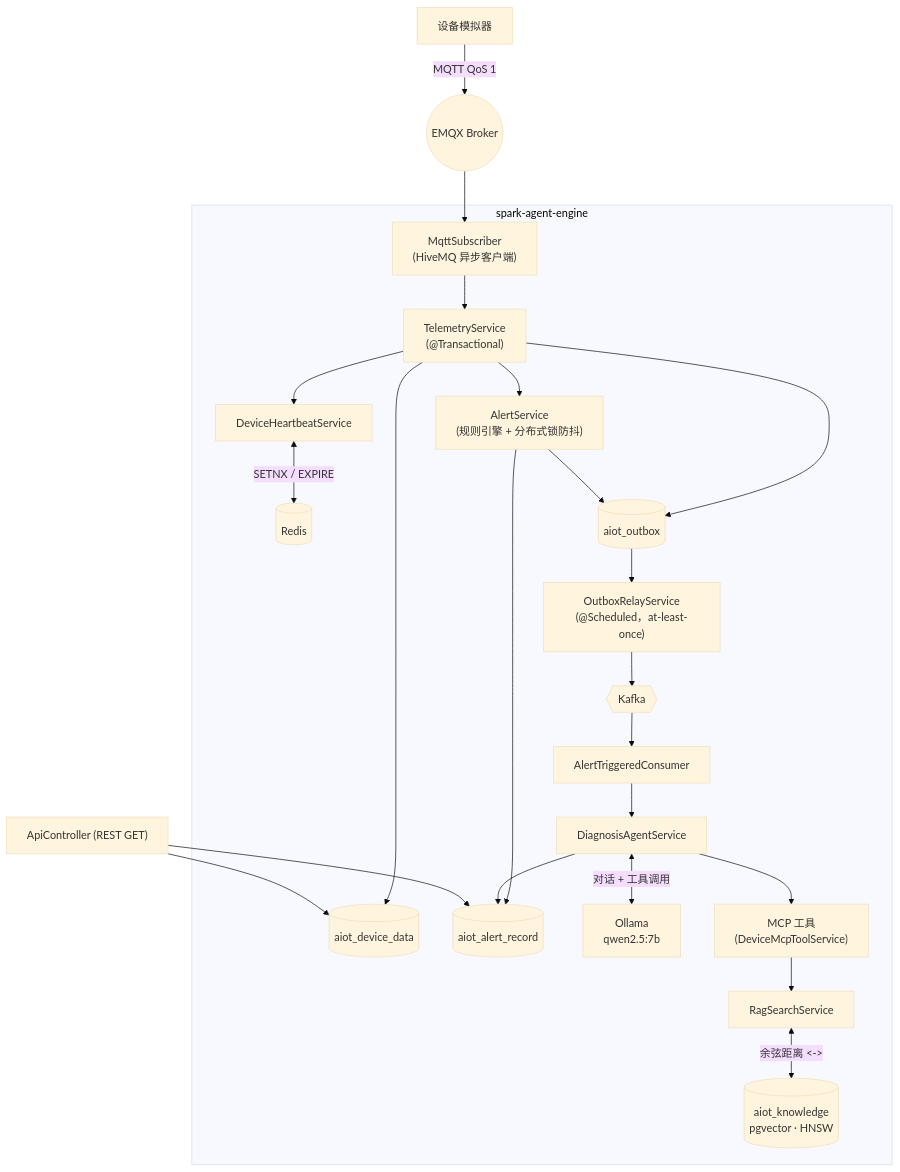
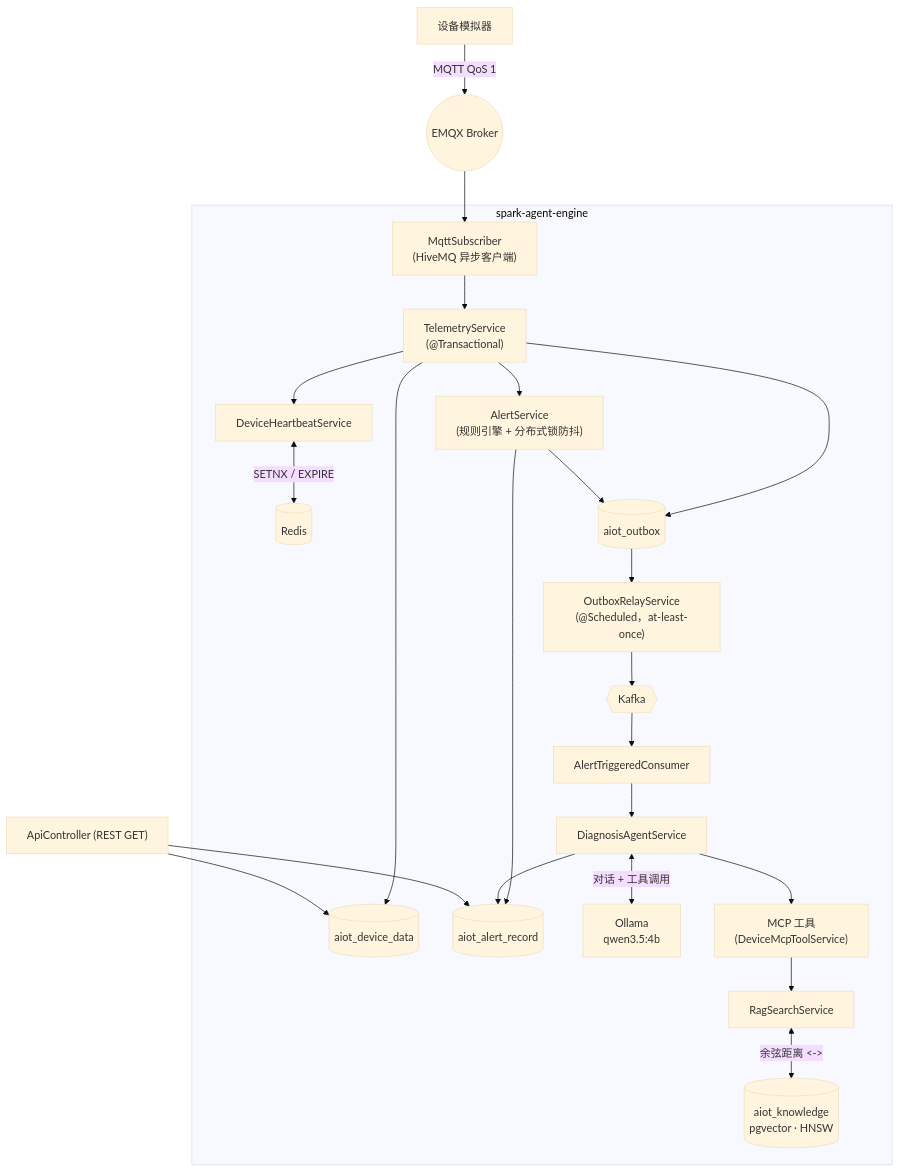
One commit to prairie-spark-iot/spark-agent-engine changed the diagram in README.zh-CN.md. Above: the diagram before and after it, drawn with Mermaid (base theme). The commit also changed other lines of this file and 2 other files, not shown here.

First line of the commit message:
feat: migrate to qwen3.5:4b chat model and qwen3-embedding:0.6b embedding model

````diff
--- a/README.zh-CN.md
+++ b/README.zh-CN.md
@@ -63,28 +63,28 @@
 ```mermaid
 flowchart TB
     EMU["设备模拟器"] -->|"MQTT QoS 1"| EMQX(("EMQX Broker"))
     EMQX --> SUB["MqttSubscriber<br/>(HiveMQ 异步客户端)"]
 
     subgraph ENGINE["spark-agent-engine"]
         SUB --> TS["TelemetryService<br/>(@Transactional)"]
         TS --> HB["DeviceHeartbeatService"]
         HB <-->|"SETNX / EXPIRE"| REDIS[("Redis")]
         TS --> DD[("aiot_device_data")]
         TS --> AS["AlertService<br/>(规则引擎 + 分布式锁防抖)"]
         AS --> AR[("aiot_alert_record")]
         TS --> OUTBOX[("aiot_outbox")]
         AS --> OUTBOX
         OUTBOX --> RELAY["OutboxRelayService<br/>(@Scheduled，at-least-once)"]
         RELAY --> KAFKA{{"Kafka"}}
         KAFKA --> CONSUMER["AlertTriggeredConsumer"]
         CONSUMER --> DIAG["DiagnosisAgentService"]
-        DIAG <-->|"对话 + 工具调用"| LLM["Ollama<br/>qwen2.5:7b"]
+        DIAG <-->|"对话 + 工具调用"| LLM["Ollama<br/>qwen3.5:4b"]
         DIAG --> MCP["MCP 工具<br/>(DeviceMcpToolService)"]
         MCP --> RAGS["RagSearchService"]
         RAGS <-->|"余弦距离 <->"| VEC[("aiot_knowledge<br/>pgvector · HNSW")]
         DIAG --> AR
     end
 
     API["ApiController (REST GET)"] --> DD
     API --> AR
 ```
````
